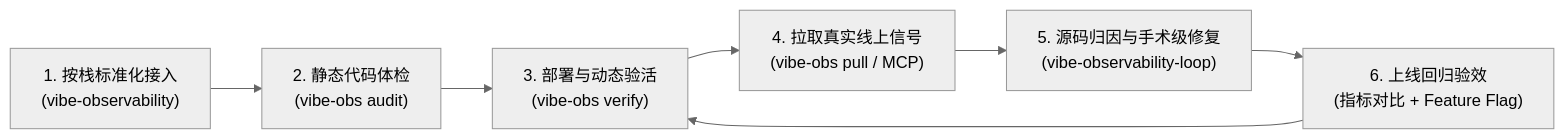
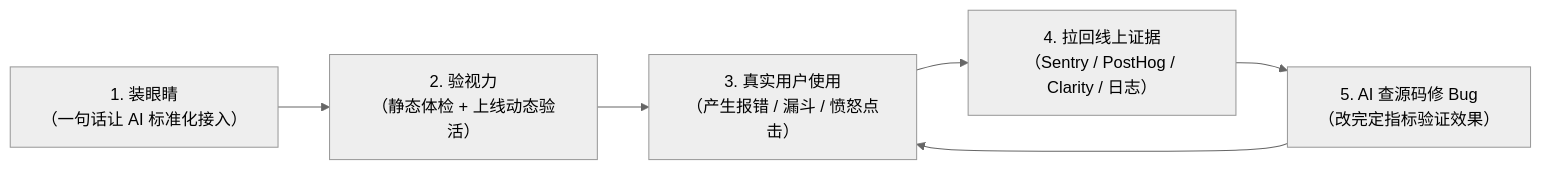
The diagram in README_ZH.md (realchendahuang/vibe-observability), drawn with Mermaid (neutral theme) before and after one commit. The commit also changed other lines of this file and 1 other file, not shown here.

````diff
--- a/README_ZH.md
+++ b/README_ZH.md
@@ -75,9 +68,8 @@
 ```mermaid
 flowchart LR
-    A["1. 按栈标准化接入\n(vibe-observability)"] --> B["2. 静态代码体检\n(vibe-obs audit)"]
-    B --> C["3. 部署与动态验活\n(vibe-obs verify)"]
-    C --> D["4. 拉取真实线上信号\n(vibe-obs pull / MCP)"]
-    D --> E["5. 源码归因与手术级修复\n(vibe-observability-loop)"]
-    E --> F["6. 上线回归验效\n(指标对比 + Feature Flag)"]
-    F --> C
+    A["1. 装眼睛\n（一句话让 AI 标准化接入）"] --> B["2. 验视力\n（静态体检 + 上线动态验活）"]
+    B --> C["3. 真实用户使用\n（产生报错 / 漏斗 / 愤怒点击）"]
+    C --> D["4. 拉回线上证据\n（Sentry / PostHog / Clarity / 日志）"]
+    D --> E["5. AI 查源码修 Bug\n（改完定指标验证效果）"]
+    E --> C
 ```
````
